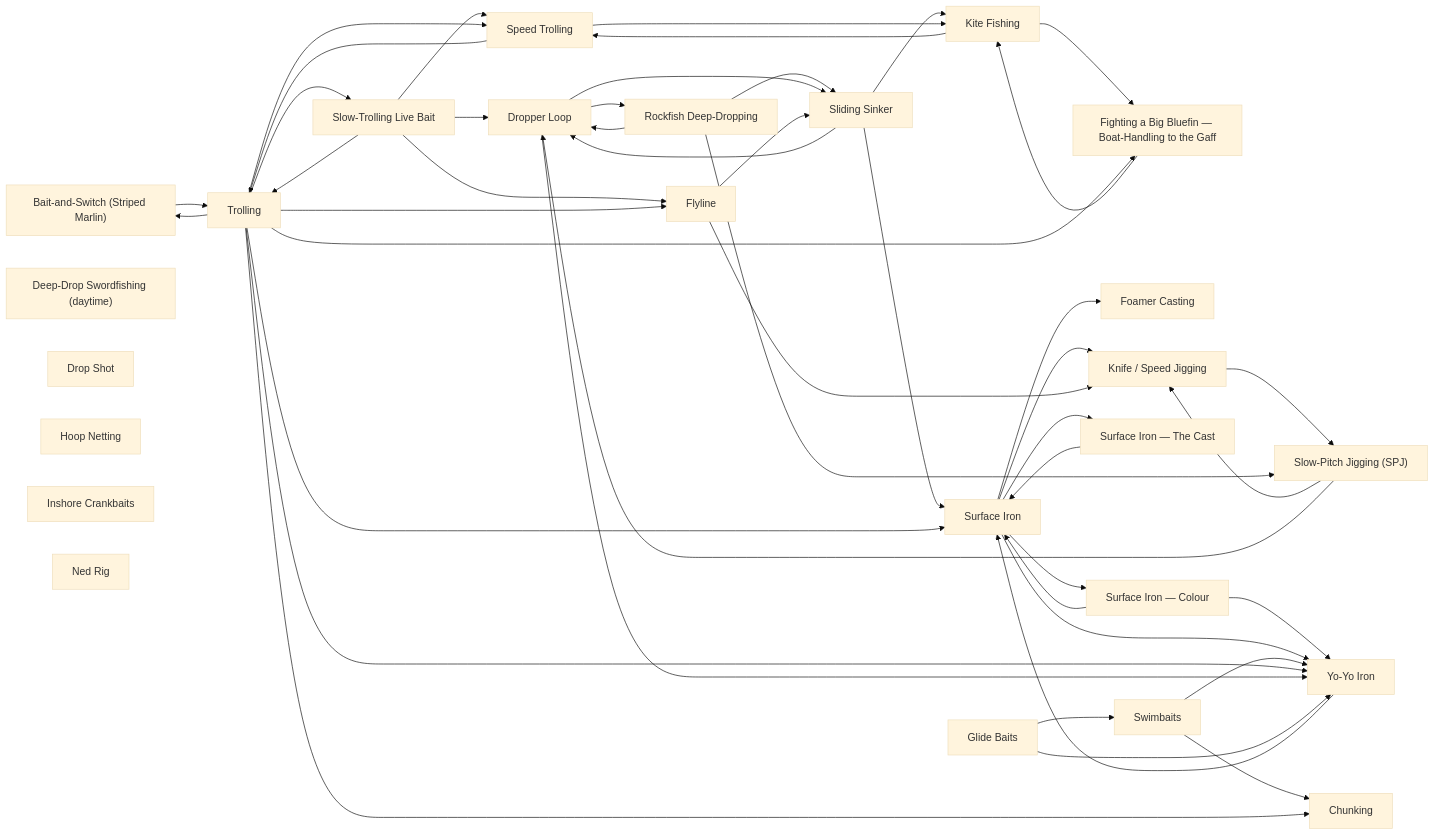
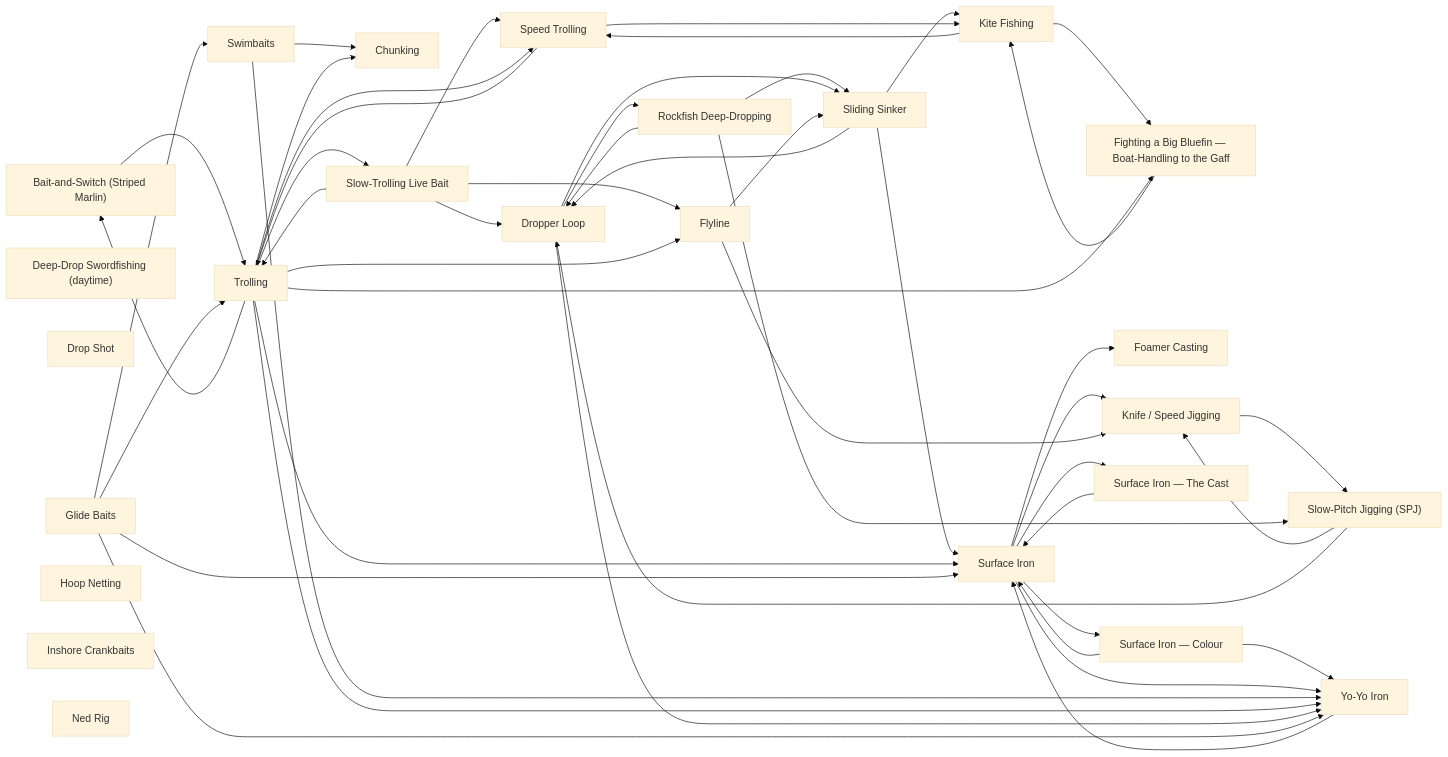
One commit to camchuckpete-max/Socal-Fishing-Knowledge changed the diagram in techniques/README.md. Above: the diagram before and after it, drawn with Mermaid (base theme). The commit also changed other lines of this file and 13 other files, not shown here.

````diff
--- a/techniques/README.md
+++ b/techniques/README.md
@@ -38,73 +38,75 @@
 ```mermaid
 graph LR
   n0["Bait-and-Switch (Striped Marlin)"]
   n1["Chunking"]
   n2["Deep-Drop Swordfishing (daytime)"]
   n3["Drop Shot"]
   n4["Dropper Loop"]
   n5["Fighting a Big Bluefin — Boat-Handling to the Gaff"]
   n6["Flyline"]
   n7["Foamer Casting"]
   n8["Glide Baits"]
   n9["Hoop Netting"]
   n10["Inshore Crankbaits"]
   n11["Kite Fishing"]
   n12["Knife / Speed Jigging"]
   n13["Ned Rig"]
   n14["Rockfish Deep-Dropping"]
   n15["Sliding Sinker"]
   n16["Slow-Pitch Jigging (SPJ)"]
   n17["Slow-Trolling Live Bait"]
   n18["Speed Trolling"]
   n19["Surface Iron — The Cast"]
   n20["Surface Iron — Colour"]
   n21["Surface Iron"]
   n22["Swimbaits"]
   n23["Trolling"]
   n24["Yo-Yo Iron"]
   n0 --> n23
   n11 --> n18
   n11 --> n5
   n12 --> n16
   n14 --> n15
   n14 --> n16
   n14 --> n4
   n15 --> n11
   n15 --> n21
   n15 --> n4
   n16 --> n12
   n16 --> n4
   n17 --> n18
   n17 --> n23
   n17 --> n4
   n17 --> n6
   n18 --> n11
   n18 --> n23
   n19 --> n21
   n20 --> n21
   n20 --> n24
   n21 --> n12
   n21 --> n19
   n21 --> n20
   n21 --> n24
   n21 --> n7
   n22 --> n1
   n22 --> n24
   n23 --> n0
   n23 --> n1
   n23 --> n17
   n23 --> n18
   n23 --> n21
   n23 --> n24
   n23 --> n5
   n23 --> n6
   n24 --> n21
   n4 --> n14
   n4 --> n15
   n4 --> n24
   n5 --> n11
   n6 --> n12
   n6 --> n15
+  n8 --> n21
   n8 --> n22
+  n8 --> n23
   n8 --> n24
 ```
````
